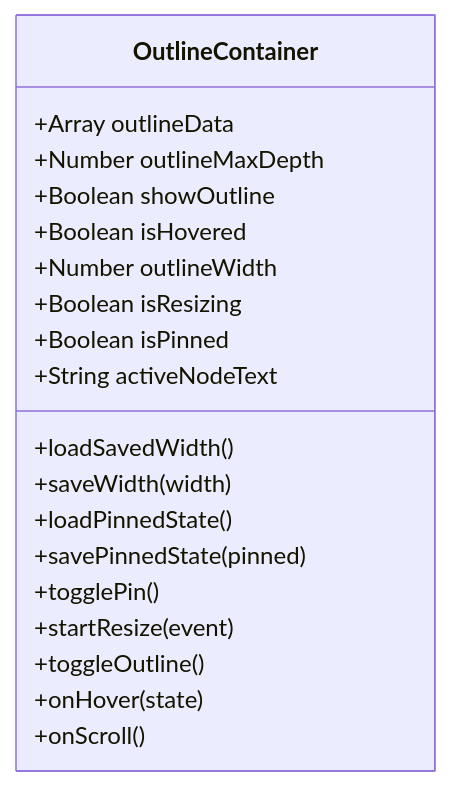
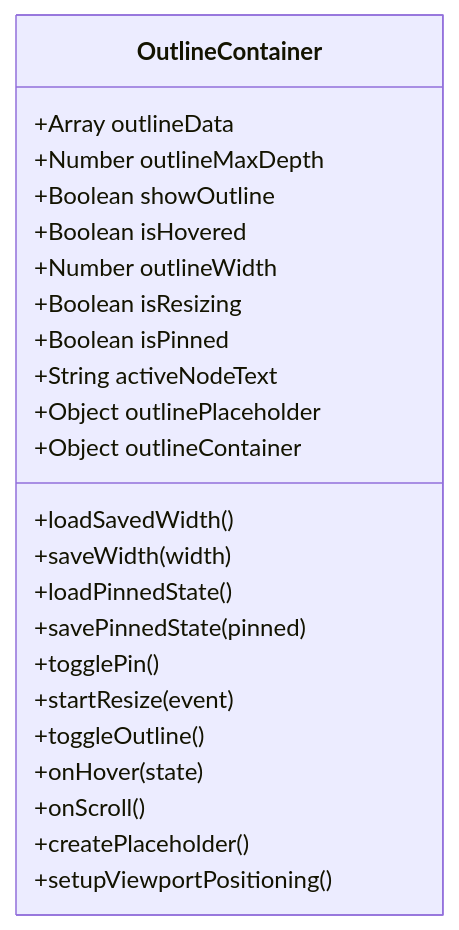
Before and after one commit to terwer/siyuan-plugin-blog: the third of 10 diagrams in .qoder/repowiki/zh/content/Outline System.md, drawn with Mermaid. The commit also changed other lines of this file and 3 other files, not shown here.

Commit message:
docs(Outline System): update to flex layout, viewport positioning, add components

````diff
--- a/.qoder/repowiki/zh/content/Outline System.md
+++ b/.qoder/repowiki/zh/content/Outline System.md
@@ -126,22 +157,26 @@
 ```mermaid
 classDiagram
 class OutlineContainer {
 +Array outlineData
 +Number outlineMaxDepth
 +Boolean showOutline
 +Boolean isHovered
 +Number outlineWidth
 +Boolean isResizing
 +Boolean isPinned
 +String activeNodeText
++Object outlinePlaceholder
++Object outlineContainer
 +loadSavedWidth()
 +saveWidth(width)
 +loadPinnedState()
 +savePinnedState(pinned)
 +togglePin()
 +startResize(event)
 +toggleOutline()
 +onHover(state)
 +onScroll()
++createPlaceholder()
++setupViewportPositioning()
 }
 ```
````
